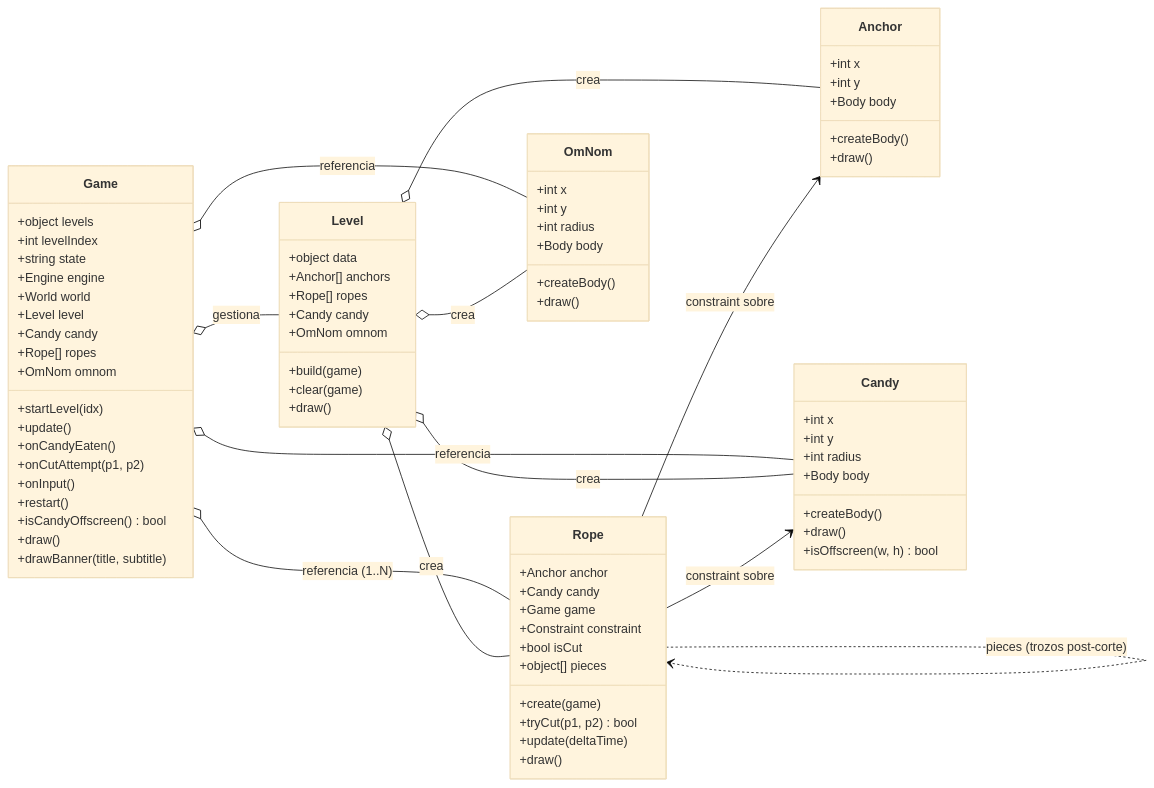
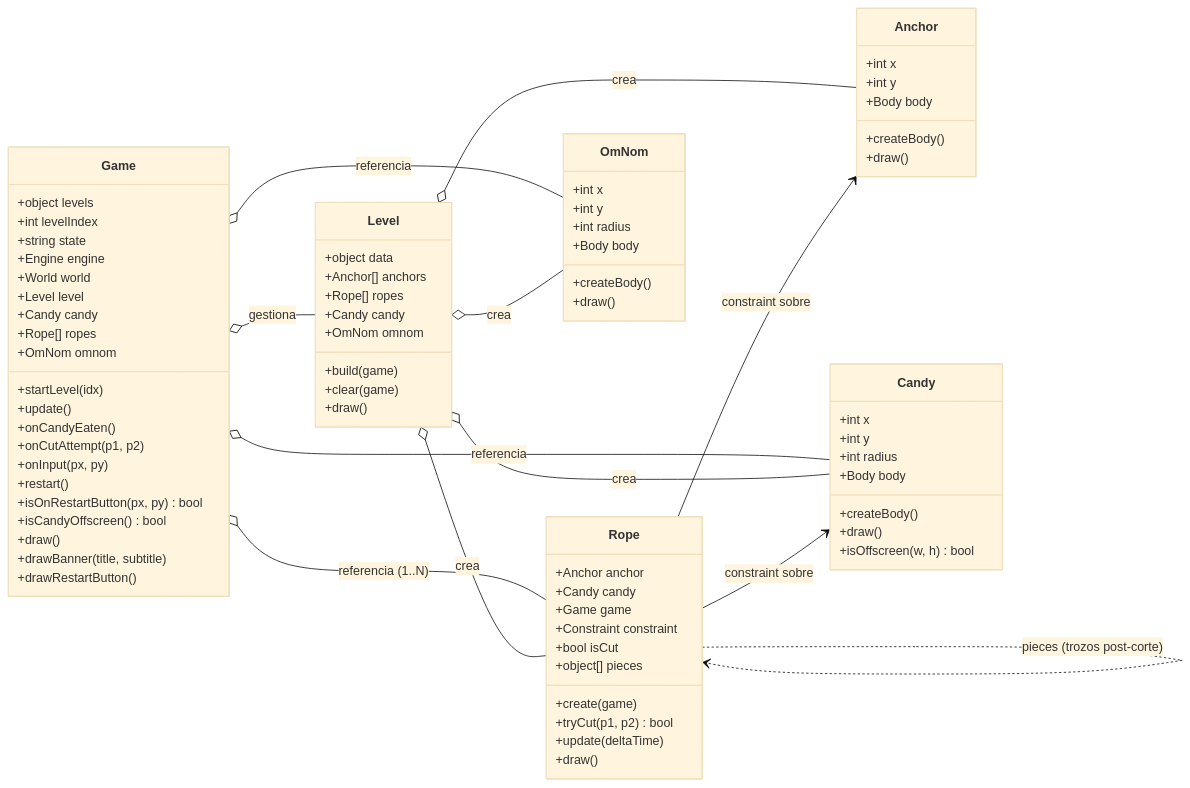
One commit to ShryhakAkizuki/Cut_The_Rope-Visual_Computing_2026-II changed the third of 5 diagrams in docs/arquitectura-mvp.md. Above: the diagram before and after it, drawn with Mermaid (base theme). The commit also changed other lines of this file and 2 other files, not shown here.

```diff
--- a/docs/arquitectura-mvp.md
+++ b/docs/arquitectura-mvp.md
@@ -142,11 +145,13 @@
         +update()
         +onCandyEaten()
         +onCutAttempt(p1, p2)
-        +onInput()
+        +onInput(px, py)
         +restart()
+        +isOnRestartButton(px, py) bool
         +isCandyOffscreen() bool
         +draw()
         +drawBanner(title, subtitle)
+        +drawRestartButton()
     }
 
     class Level {
```
